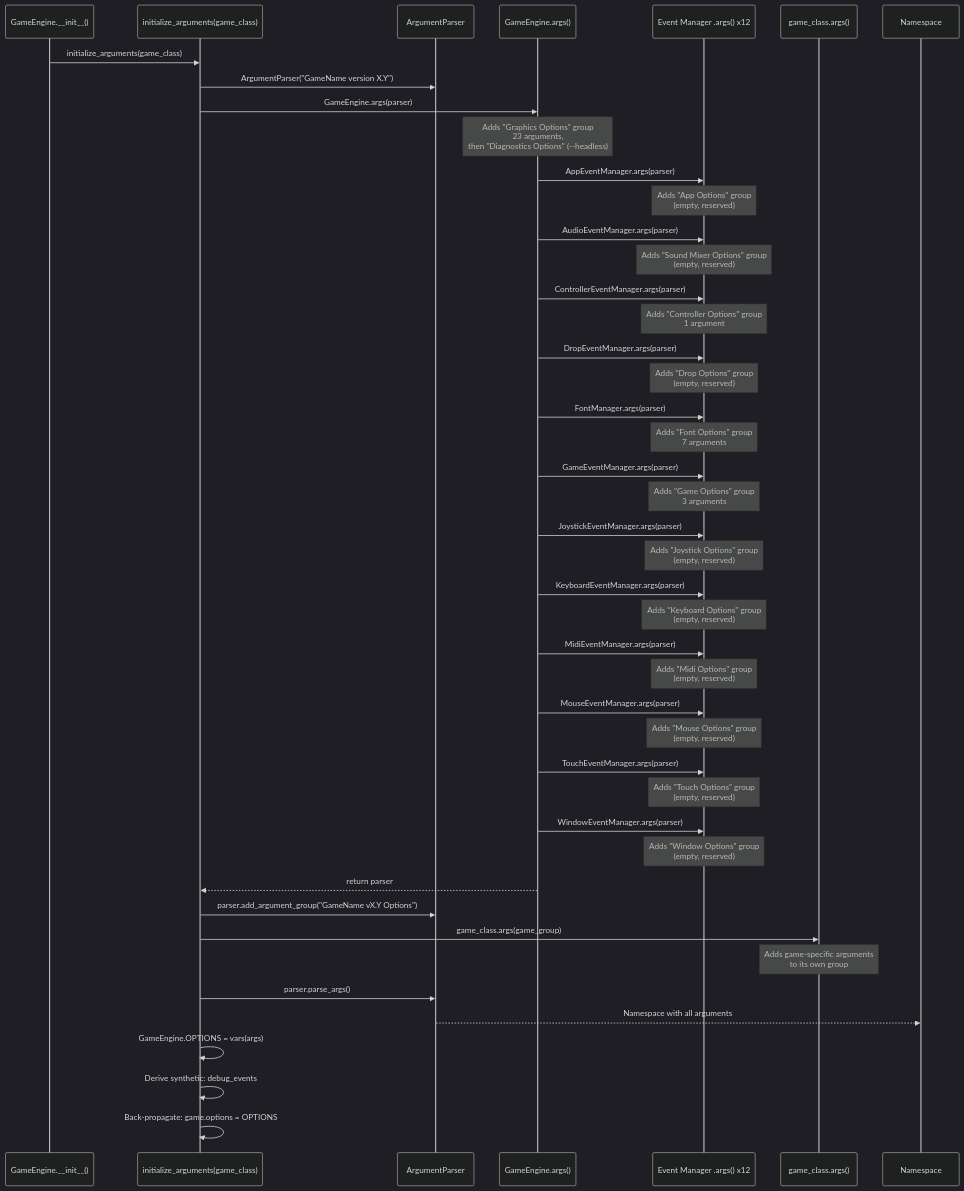
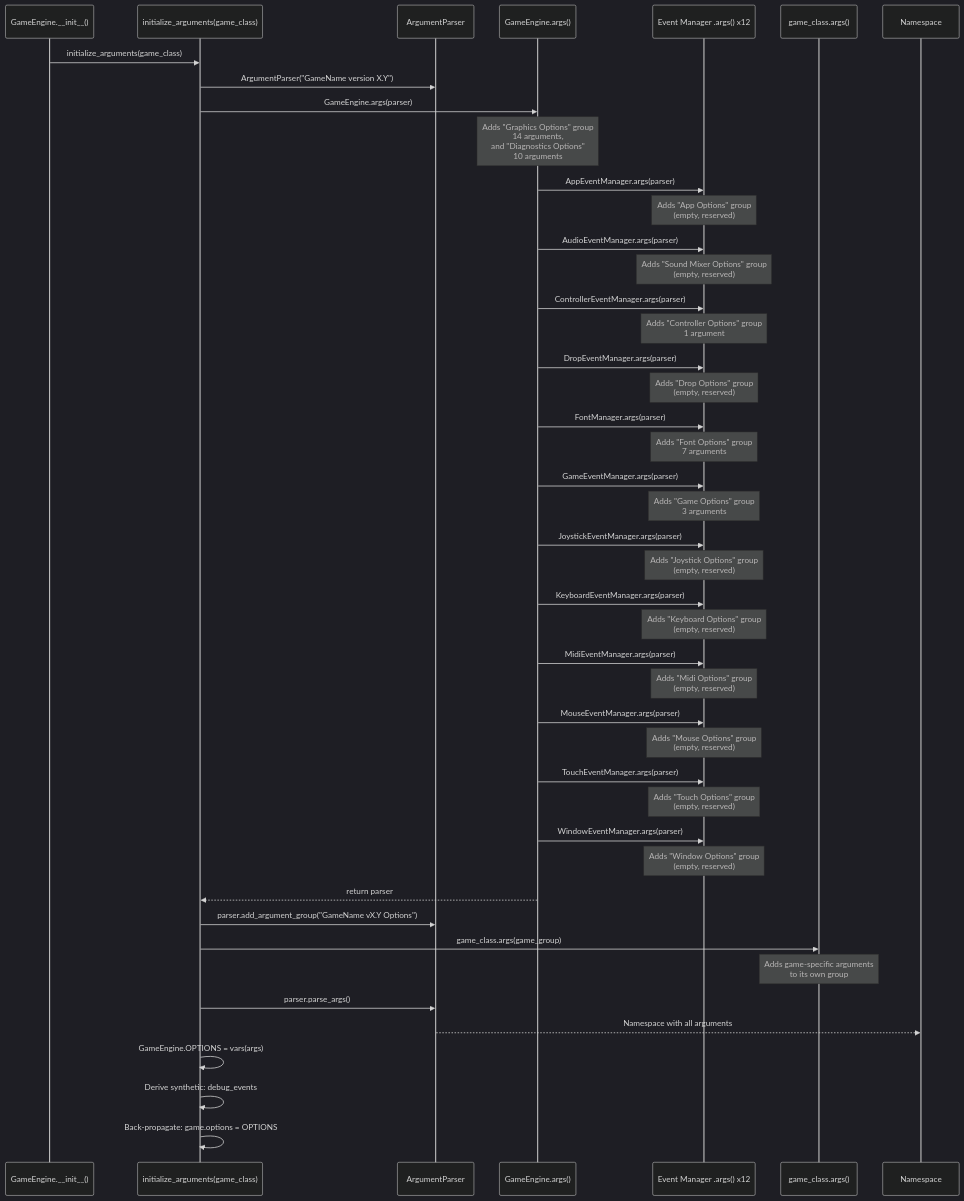
Before and after one commit to terrysimons/glitchygames: the first of 4 diagrams in docs/architecture/argument_system.md, drawn with Mermaid (dark theme). The commit also changed other lines of this file and 7 other files, not shown here.

First line of the commit message:
Polish --headless follow-ups: diagnostics group, late-exit reports, audio fallback

````diff
--- a/docs/architecture/argument_system.md
+++ b/docs/architecture/argument_system.md
@@ -13,64 +13,64 @@
 ```mermaid
 sequenceDiagram
     participant GE as GameEngine.__init__()
     participant IA as initialize_arguments(game_class)
     participant AP as ArgumentParser
     participant ENGINE as GameEngine.args()
     participant MGR as Event Manager .args() x12
     participant GAME as game_class.args()
     participant NS as Namespace
 
     GE->>IA: initialize_arguments(game_class)
     IA->>AP: ArgumentParser("GameName version X.Y")
     IA->>ENGINE: GameEngine.args(parser)
 
-    Note over ENGINE: Adds "Graphics Options" group<br/>23 arguments,<br/>then "Diagnostics Options" (--headless)
+    Note over ENGINE: Adds "Graphics Options" group<br/>14 arguments,<br/>and "Diagnostics Options"<br/>10 arguments
 
     ENGINE->>MGR: AppEventManager.args(parser)
     Note over MGR: Adds "App Options" group<br/>(empty, reserved)
 
     ENGINE->>MGR: AudioEventManager.args(parser)
     Note over MGR: Adds "Sound Mixer Options" group<br/>(empty, reserved)
 
     ENGINE->>MGR: ControllerEventManager.args(parser)
     Note over MGR: Adds "Controller Options" group<br/>1 argument
 
     ENGINE->>MGR: DropEventManager.args(parser)
     Note over MGR: Adds "Drop Options" group<br/>(empty, reserved)
 
     ENGINE->>MGR: FontManager.args(parser)
     Note over MGR: Adds "Font Options" group<br/>7 arguments
 
     ENGINE->>MGR: GameEventManager.args(parser)
     Note over MGR: Adds "Game Options" group<br/>3 arguments
 
     ENGINE->>MGR: JoystickEventManager.args(parser)
     Note over MGR: Adds "Joystick Options" group<br/>(empty, reserved)
 
     ENGINE->>MGR: KeyboardEventManager.args(parser)
     Note over MGR: Adds "Keyboard Options" group<br/>(empty, reserved)
 
     ENGINE->>MGR: MidiEventManager.args(parser)
     Note over MGR: Adds "Midi Options" group<br/>(empty, reserved)
 
     ENGINE->>MGR: MouseEventManager.args(parser)
     Note over MGR: Adds "Mouse Options" group<br/>(empty, reserved)
 
     ENGINE->>MGR: TouchEventManager.args(parser)
     Note over MGR: Adds "Touch Options" group<br/>(empty, reserved)
 
     ENGINE->>MGR: WindowEventManager.args(parser)
     Note over MGR: Adds "Window Options" group<br/>(empty, reserved)
 
     ENGINE-->>IA: return parser
 
     IA->>AP: parser.add_argument_group("GameName vX.Y Options")
     IA->>GAME: game_class.args(game_group)
     Note over GAME: Adds game-specific arguments<br/>to its own group
 
     IA->>AP: parser.parse_args()
     AP-->>NS: Namespace with all arguments
     IA->>IA: GameEngine.OPTIONS = vars(args)
     IA->>IA: Derive synthetic: debug_events
     IA->>IA: Back-propagate: game.options = OPTIONS
 ```
````
